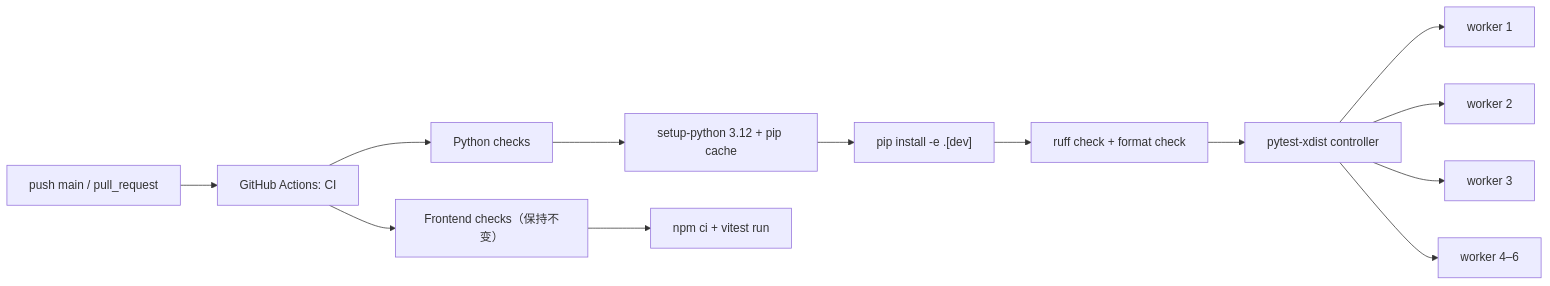
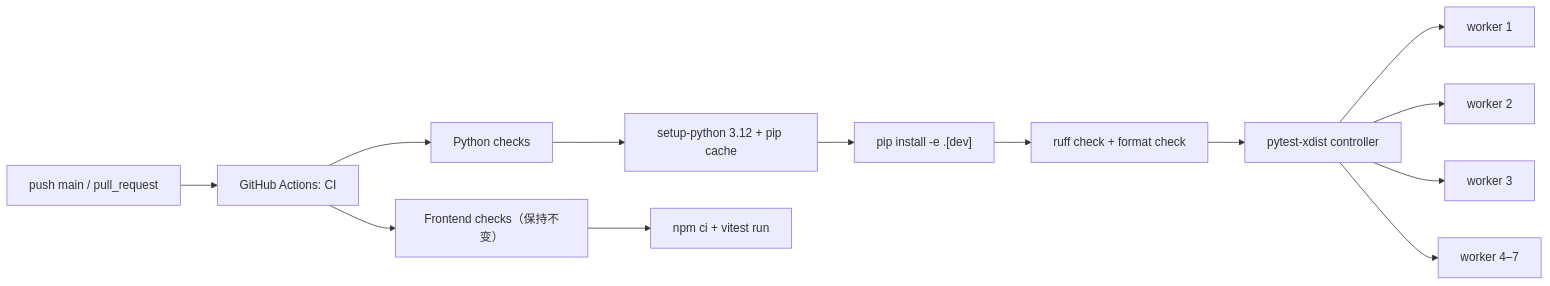
Before and after one commit to Mrchen116/nano-multiagent: the first of 2 diagrams in docs/changes/perf-458-ci-speed/design.md, drawn with Mermaid. The commit also changed other lines of this file and 2 other files, not shown here.

Commit message:
verify(perf-458/M1/R3): 记录六 worker 尾延迟

````diff
--- a/docs/changes/perf-458-ci-speed/design.md
+++ b/docs/changes/perf-458-ci-speed/design.md
@@ -52,17 +53,17 @@
 ```mermaid
 graph LR
     Event["push main / pull_request"] --> CI["GitHub Actions: CI"]
     CI --> Py["Python checks"]
     CI --> FE["Frontend checks（保持不变）"]
 
     Py --> Setup["setup-python 3.12 + pip cache"]
     Setup --> Install["pip install -e .[dev]"]
     Install --> Ruff["ruff check + format check"]
     Ruff --> XDist["pytest-xdist controller"]
     XDist --> W1["worker 1"]
     XDist --> W2["worker 2"]
     XDist --> W3["worker 3"]
-    XDist --> WX["worker 4–6"]
+    XDist --> WX["worker 4–7"]
 
     FE --> Vitest["npm ci + vitest run"]
 ```
````
